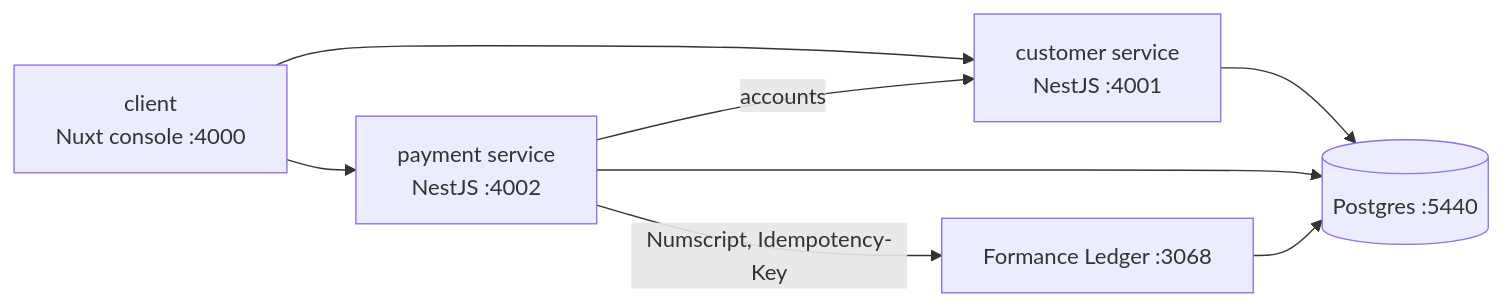
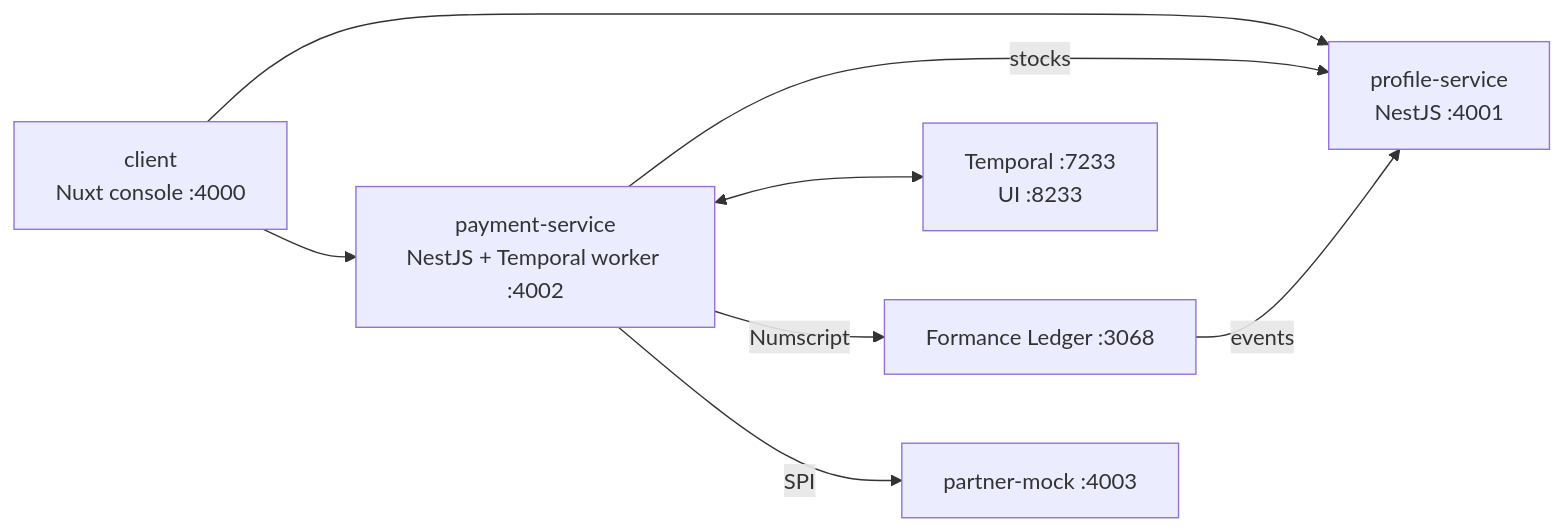
One commit to NeupOrng/payment-formance-poc changed the diagram in README.md. Above: the diagram before and after it, drawn with Mermaid. The commit also changed other lines of this file and 286 other files, not shown here.

````diff
--- a/README.md
+++ b/README.md
@@ -12,10 +12,10 @@
 ```mermaid
 flowchart LR
-    UI["client<br/>Nuxt console :4000"] --> C["customer service<br/>NestJS :4001"]
-    UI --> P["payment service<br/>NestJS :4002"]
-    P -- "accounts" --> C
-    P -- "Numscript, Idempotency-Key" --> L["Formance Ledger :3068"]
-    C --> PG[("Postgres :5440")]
-    P --> PG
-    L --> PG
+    UI["client<br/>Nuxt console :4000"] --> PR["profile-service<br/>NestJS :4001"]
+    UI --> PE["payment-service<br/>NestJS + Temporal worker :4002"]
+    PE -- "stocks" --> PR
+    PE <--> T["Temporal :7233<br/>UI :8233"]
+    PE -- "Numscript" --> L["Formance Ledger :3068"]
+    PE -- "SPI" --> PM["partner-mock :4003"]
+    L -- "events" --> PR
 ```
````
